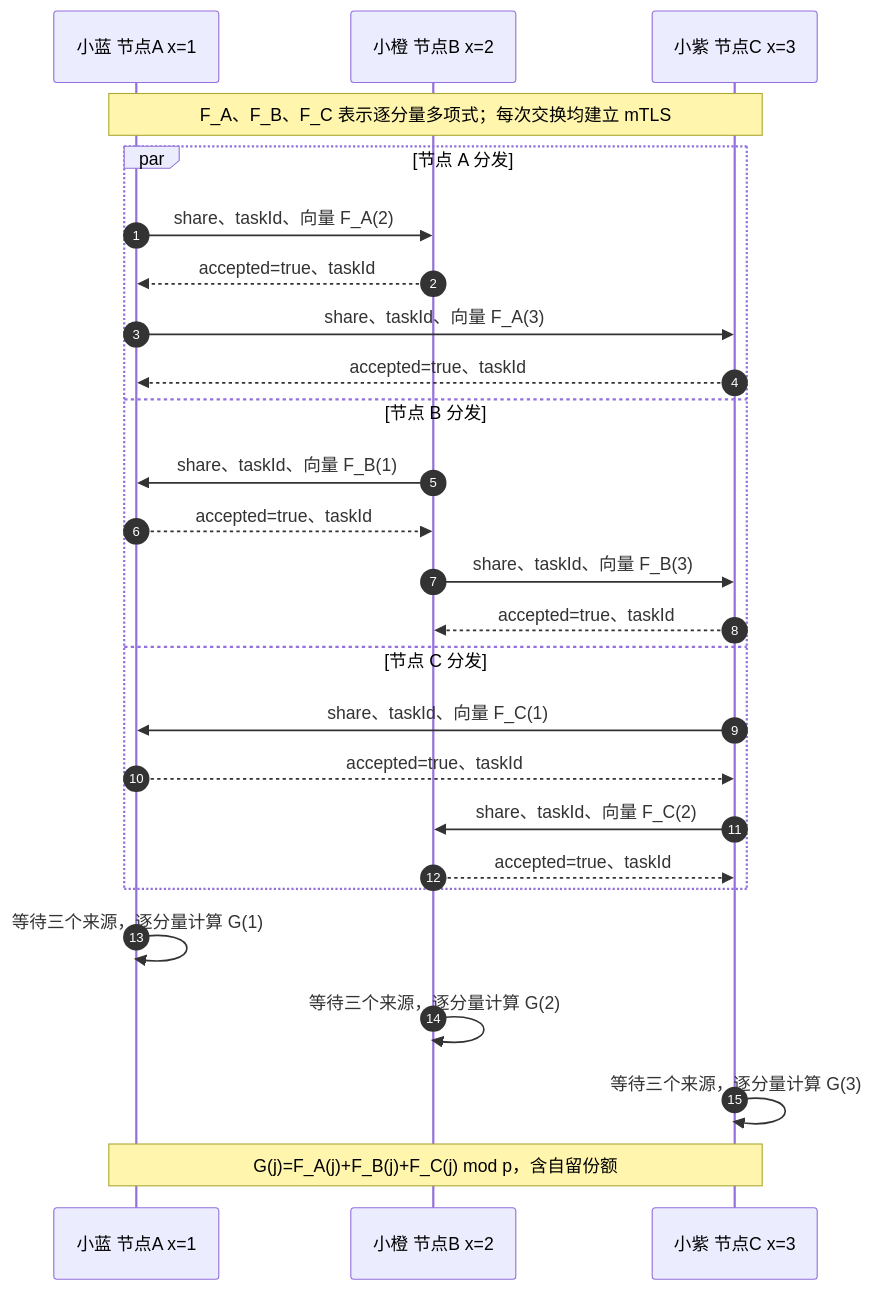
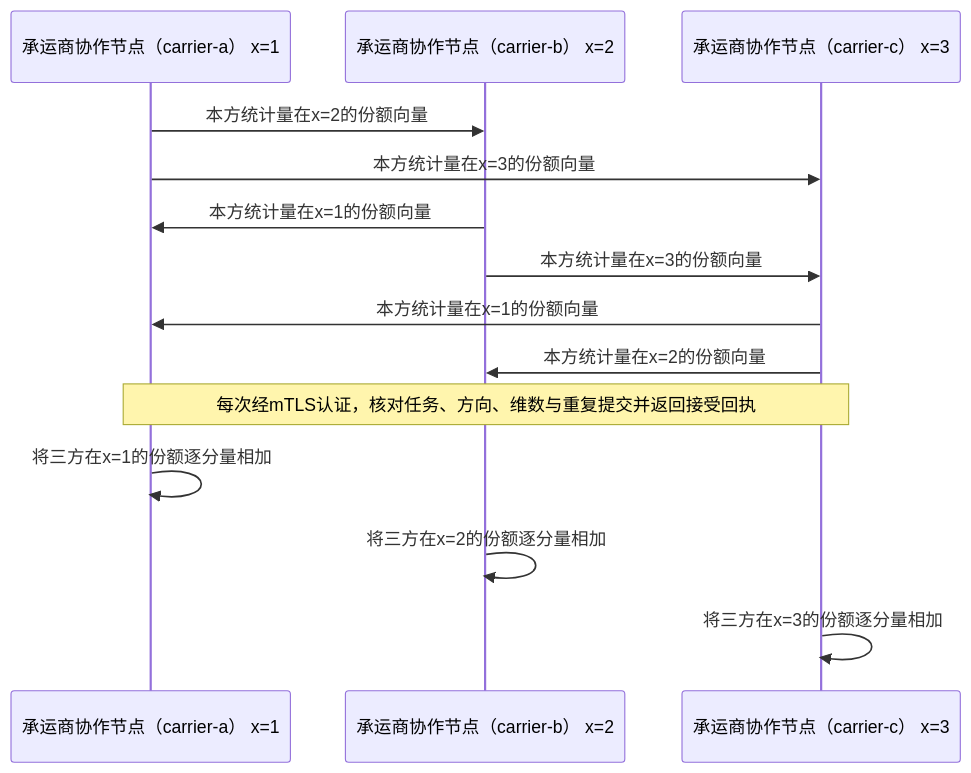
The fifth of 8 diagrams in project_document.md (shutingchai5-ux/vectra-source-0.2.0), drawn with Mermaid before and after one commit. The commit also changed other lines of this file and 622 other files, not shown here.

````diff
--- a/project_document.md
+++ b/project_document.md
@@ -415,28 +203,16 @@
 ```mermaid
 sequenceDiagram
-    autonumber
-    participant A as 小蓝 节点A x=1
-    participant B as 小橙 节点B x=2
-    participant C as 小紫 节点C x=3
-    Note over A,C: F_A、F_B、F_C 表示逐分量多项式；每次交换均建立 mTLS
-    par 节点 A 分发
-        A->>B: share、taskId、向量 F_A(2)
-        B-->>A: accepted=true、taskId
-        A->>C: share、taskId、向量 F_A(3)
-        C-->>A: accepted=true、taskId
-    and 节点 B 分发
-        B->>A: share、taskId、向量 F_B(1)
-        A-->>B: accepted=true、taskId
-        B->>C: share、taskId、向量 F_B(3)
-        C-->>B: accepted=true、taskId
-    and 节点 C 分发
-        C->>A: share、taskId、向量 F_C(1)
-        A-->>C: accepted=true、taskId
-        C->>B: share、taskId、向量 F_C(2)
-        B-->>C: accepted=true、taskId
-    end
-    A->>A: 等待三个来源，逐分量计算 G(1)
-    B->>B: 等待三个来源，逐分量计算 G(2)
-    C->>C: 等待三个来源，逐分量计算 G(3)
-    Note over A,C: G(j)=F_A(j)+F_B(j)+F_C(j) mod p，含自留份额
+  participant A as 承运商协作节点（carrier-a） x=1
+  participant B as 承运商协作节点（carrier-b） x=2
+  participant C as 承运商协作节点（carrier-c） x=3
+  A->>B: 本方统计量在x=2的份额向量
+  A->>C: 本方统计量在x=3的份额向量
+  B->>A: 本方统计量在x=1的份额向量
+  B->>C: 本方统计量在x=3的份额向量
+  C->>A: 本方统计量在x=1的份额向量
+  C->>B: 本方统计量在x=2的份额向量
+  Note over A,C: 每次经mTLS认证，核对任务、方向、维数与重复提交并返回接受回执
+  A->>A: 将三方在x=1的份额逐分量相加
+  B->>B: 将三方在x=2的份额逐分量相加
+  C->>C: 将三方在x=3的份额逐分量相加
 ```
````
